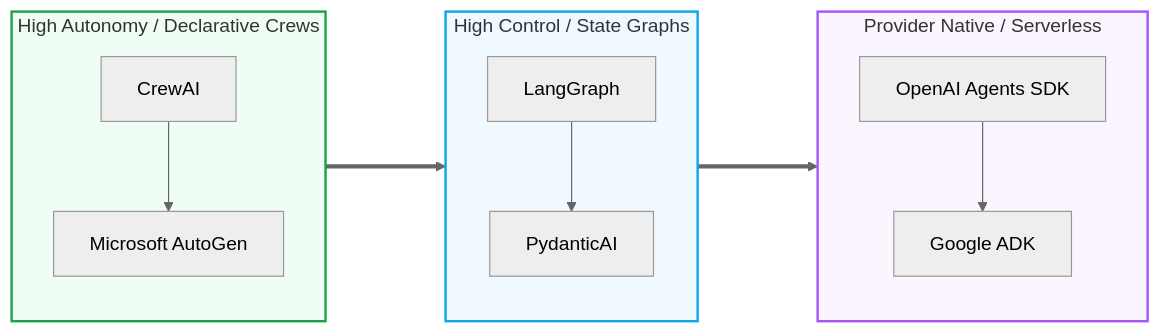
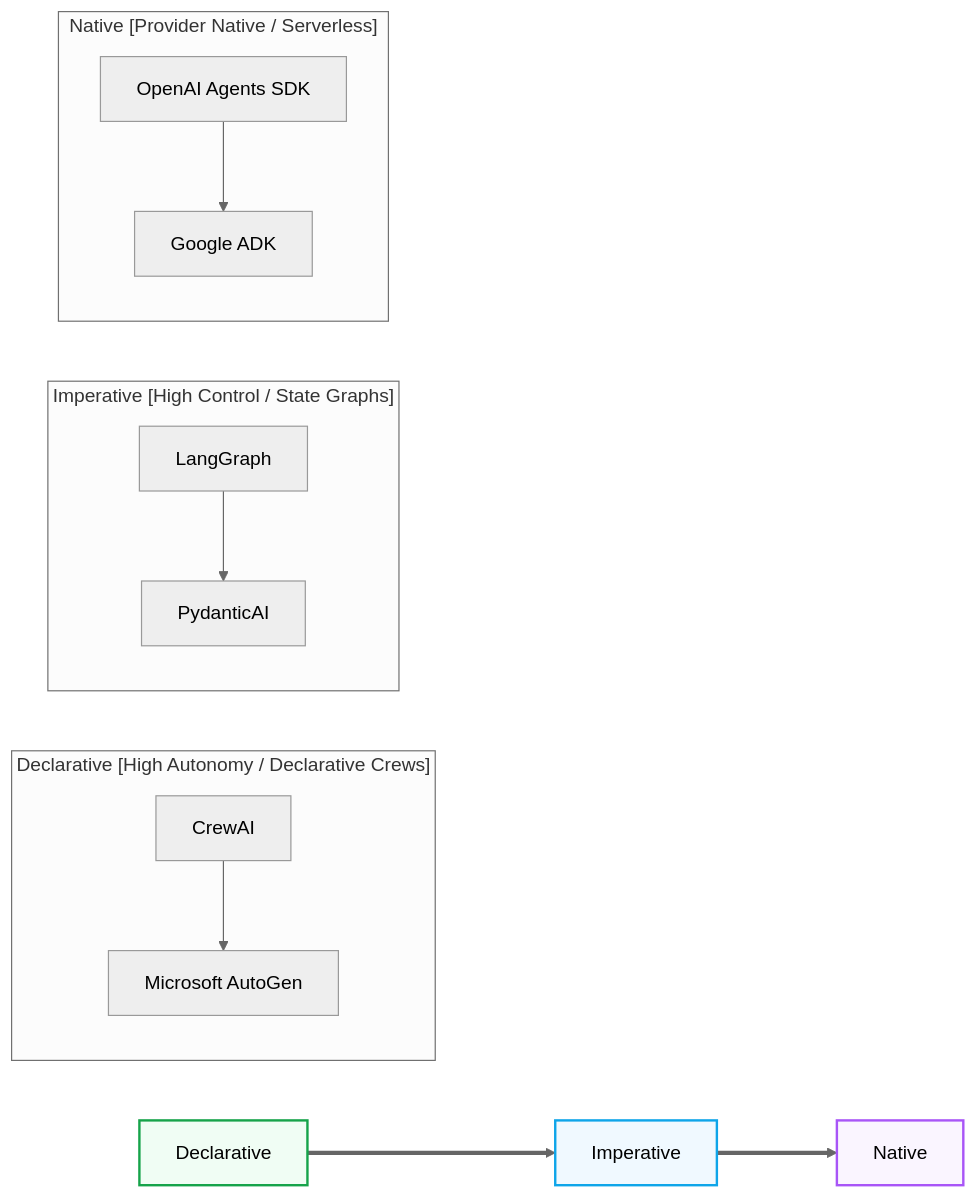
Before and after one commit to akmalkhaniub/akmalkhaniub.github.io: the diagram in blog/posts/multi-agent-framework-comparison.md, drawn with Mermaid (neutral theme). The commit also changed 600 other files, not shown here.

Commit message:
fix(blog): resolve Mermaid v10 syntax errors across Figure 1 and publication subgraphs

````diff
--- a/blog/posts/multi-agent-framework-comparison.md
+++ b/blog/posts/multi-agent-framework-comparison.md
@@ -16,17 +16,17 @@
 ```mermaid
 graph LR
-    subgraph Declarative [High Autonomy / Declarative Crews]
+    subgraph SG1_DeclarativeHighAutonomy ["Declarative [High Autonomy / Declarative Crews]"]
         CrewAI[CrewAI] --> AutoGen[Microsoft AutoGen]
     end
-    subgraph Imperative [High Control / State Graphs]
+    subgraph SG2_ImperativeHighControl ["Imperative [High Control / State Graphs]"]
         LangGraph[LangGraph] --> PydanticAI[PydanticAI]
     end
-    subgraph Native [Provider Native / Serverless]
+    subgraph SG3_NativeProviderNative ["Native [Provider Native / Serverless]"]
         OpenAI[OpenAI Agents SDK] --> Vertex[Google ADK]
     end
     Declarative ===> Imperative
     Imperative ===> Native
     style Declarative fill:#f0fdf4,stroke:#16a34a,stroke-width:2px
     style Imperative fill:#f0f9ff,stroke:#0ea5e9,stroke-width:2px
     style Native fill:#faf5ff,stroke:#a855f7,stroke-width:2px
 ```
````
